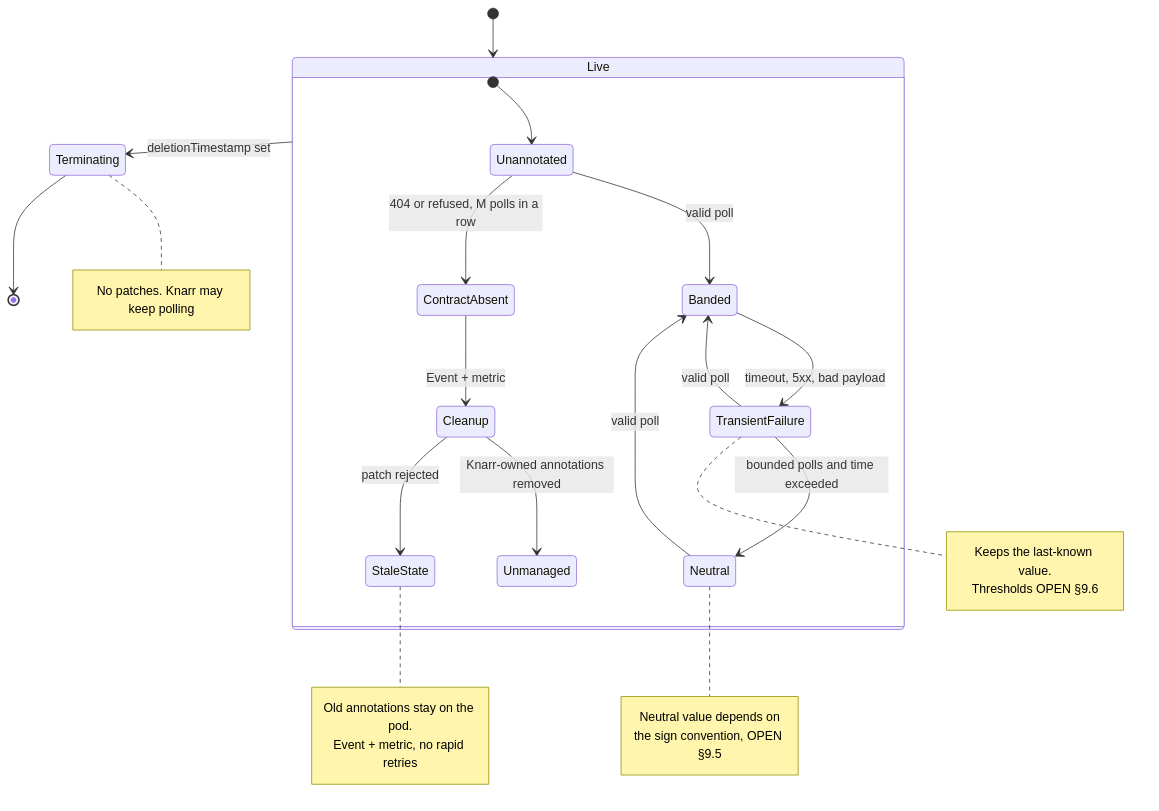
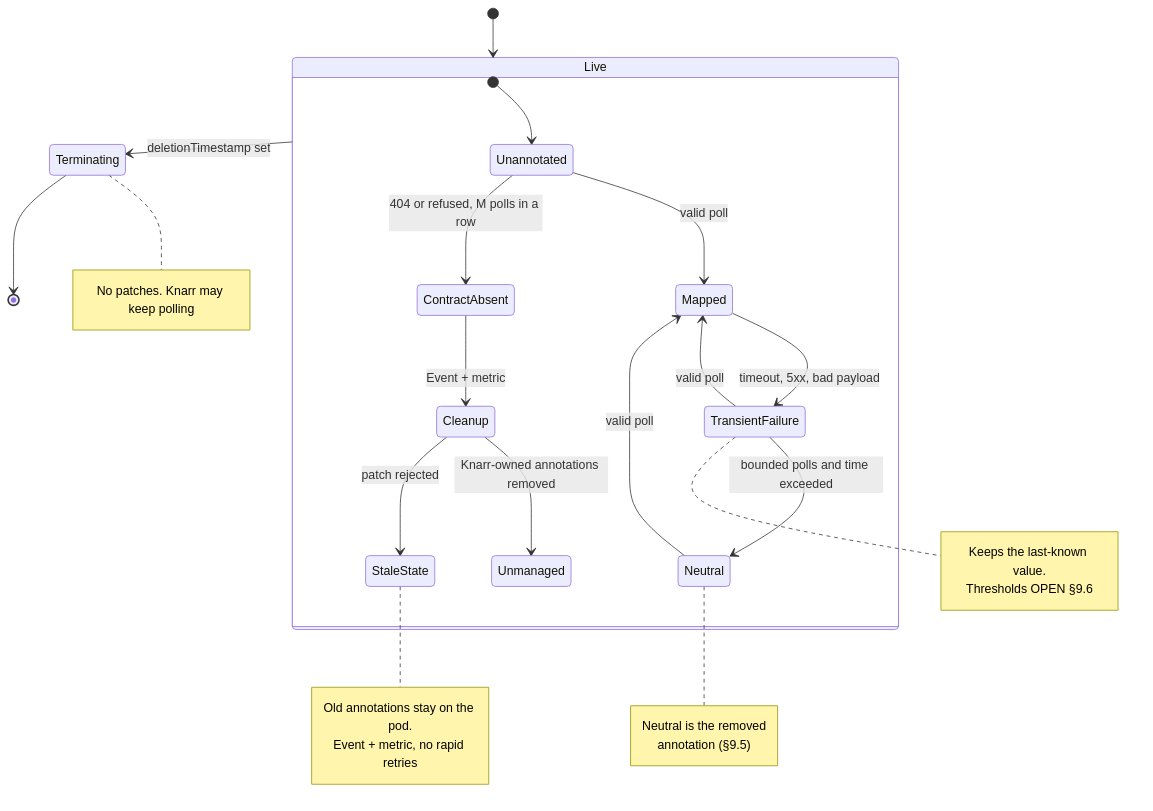
The fifth of 10 diagrams in docs/OVERVIEW.md (steven-cutting/knarr), drawn with Mermaid before and after one commit. The commit also changed other lines of this file and 16 other files, not shown here.

````diff
--- a/docs/OVERVIEW.md
+++ b/docs/OVERVIEW.md
@@ -255,33 +255,33 @@
 ```mermaid
 stateDiagram-v2
     [*] --> Live
     state Live {
         [*] --> Unannotated
-        Unannotated --> Banded : valid poll
+        Unannotated --> Mapped : valid poll
         Unannotated --> ContractAbsent : 404 or refused, M polls in a row
-        Banded --> TransientFailure : timeout, 5xx, bad payload
-        TransientFailure --> Banded : valid poll
+        Mapped --> TransientFailure : timeout, 5xx, bad payload
+        TransientFailure --> Mapped : valid poll
         TransientFailure --> Neutral : bounded polls and time exceeded
-        Neutral --> Banded : valid poll
+        Neutral --> Mapped : valid poll
         ContractAbsent --> Cleanup : Event + metric
         Cleanup --> Unmanaged : Knarr-owned annotations removed
         Cleanup --> StaleState : patch rejected
         note right of TransientFailure
             Keeps the last-known value.
             Thresholds OPEN §9.6
         end note
         note right of Neutral
-            Neutral value depends on
-            the sign convention, OPEN §9.5
+            Neutral is the removed
+            annotation (§9.5)
         end note
         note right of StaleState
             Old annotations stay on the pod.
             Event + metric, no rapid retries
         end note
     }
     Live --> Terminating : deletionTimestamp set
     note right of Terminating
         No patches. Knarr may keep polling
     end note
     Terminating --> [*]
 ```
````
